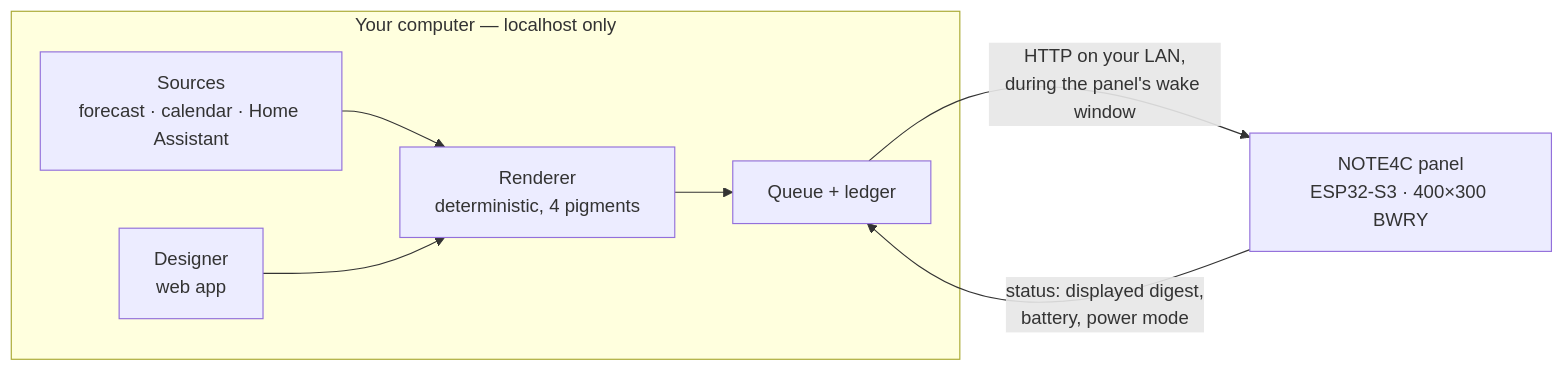
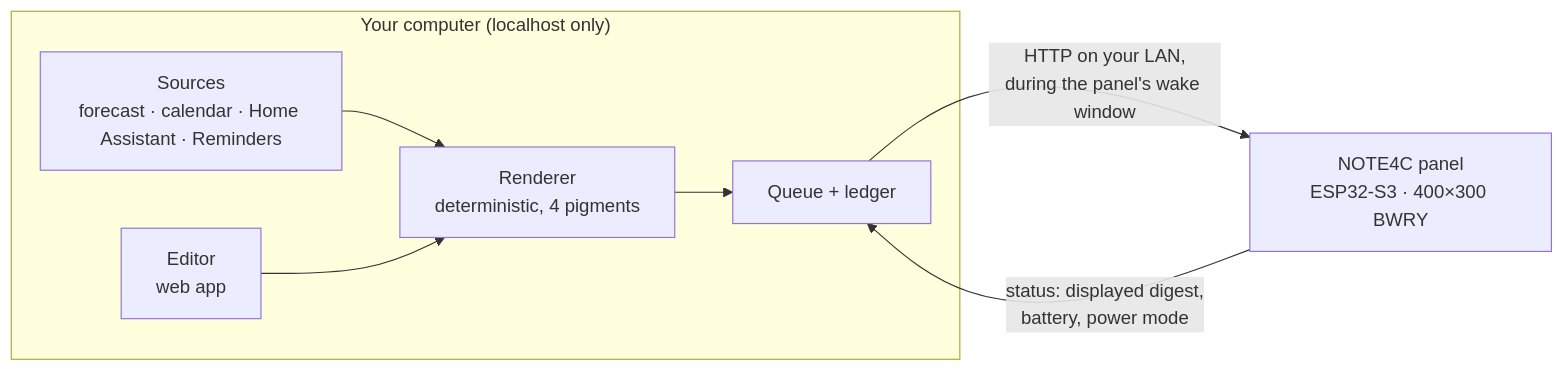
One commit to alexclmy/Paperwake changed the diagram in README.md. Above: the diagram before and after it, drawn with Mermaid. The commit also changed other lines of this file and 249 other files, not shown here.

Commit message:
Refresh control tower: 16x12 grid with Auto layout, CC0 image library, Home Assistant picker, FR/EN panel language; English LAN photo API doc; new README (#1)

````diff
--- a/README.md
+++ b/README.md
@@ -81,10 +118,10 @@
 ```mermaid
 flowchart LR
-    subgraph mac["Your computer — localhost only"]
-        S["Sources<br/>forecast · calendar · Home Assistant"] --> R["Renderer<br/>deterministic, 4 pigments"]
-        D["Designer<br/>web app"] --> R
+    subgraph mac["Your computer (localhost only)"]
+        S["Sources<br/>forecast · calendar · Home Assistant · Reminders"] --> R["Renderer<br/>deterministic, 4 pigments"]
+        D["Editor<br/>web app"] --> R
         R --> Q["Queue + ledger"]
     end
     Q -- "HTTP on your LAN,<br/>during the panel's wake window" --> P["NOTE4C panel<br/>ESP32-S3 · 400×300 BWRY"]
     P -- "status: displayed digest,<br/>battery, power mode" --> Q
 ```
````
